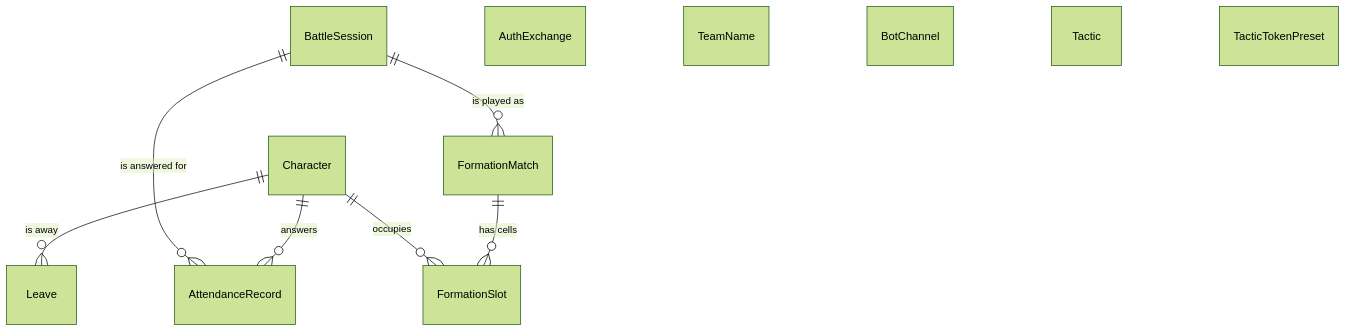
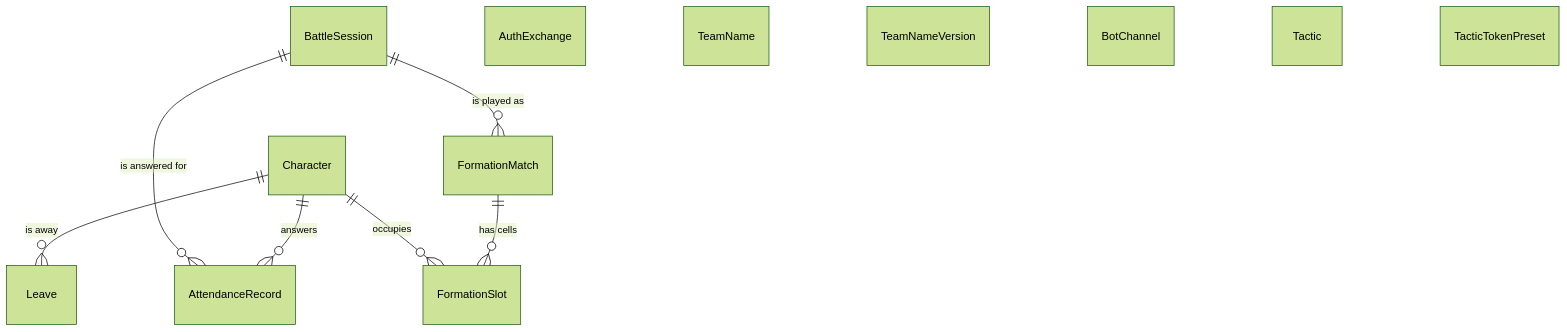
The sixth of 6 diagrams in docs/architecture.md (minhhuy1201/guild-manager), drawn with Mermaid (forest theme) before and after one commit. The commit also changed other lines of this file and 31 other files, not shown here.

````diff
--- a/docs/architecture.md
+++ b/docs/architecture.md
@@ -519,15 +519,16 @@
 ```mermaid
 erDiagram
     Character ||--o{ AttendanceRecord : "answers"
     Character ||--o{ Leave : "is away"
     BattleSession ||--o{ AttendanceRecord : "is answered for"
     BattleSession ||--o{ FormationMatch : "is played as"
     FormationMatch ||--o{ FormationSlot : "has cells"
     Character ||--o{ FormationSlot : "occupies"
 
     AuthExchange { }
     TeamName { }
+    TeamNameVersion { }
     BotChannel { }
     Tactic { }
     TacticTokenPreset { }
 ```
````
